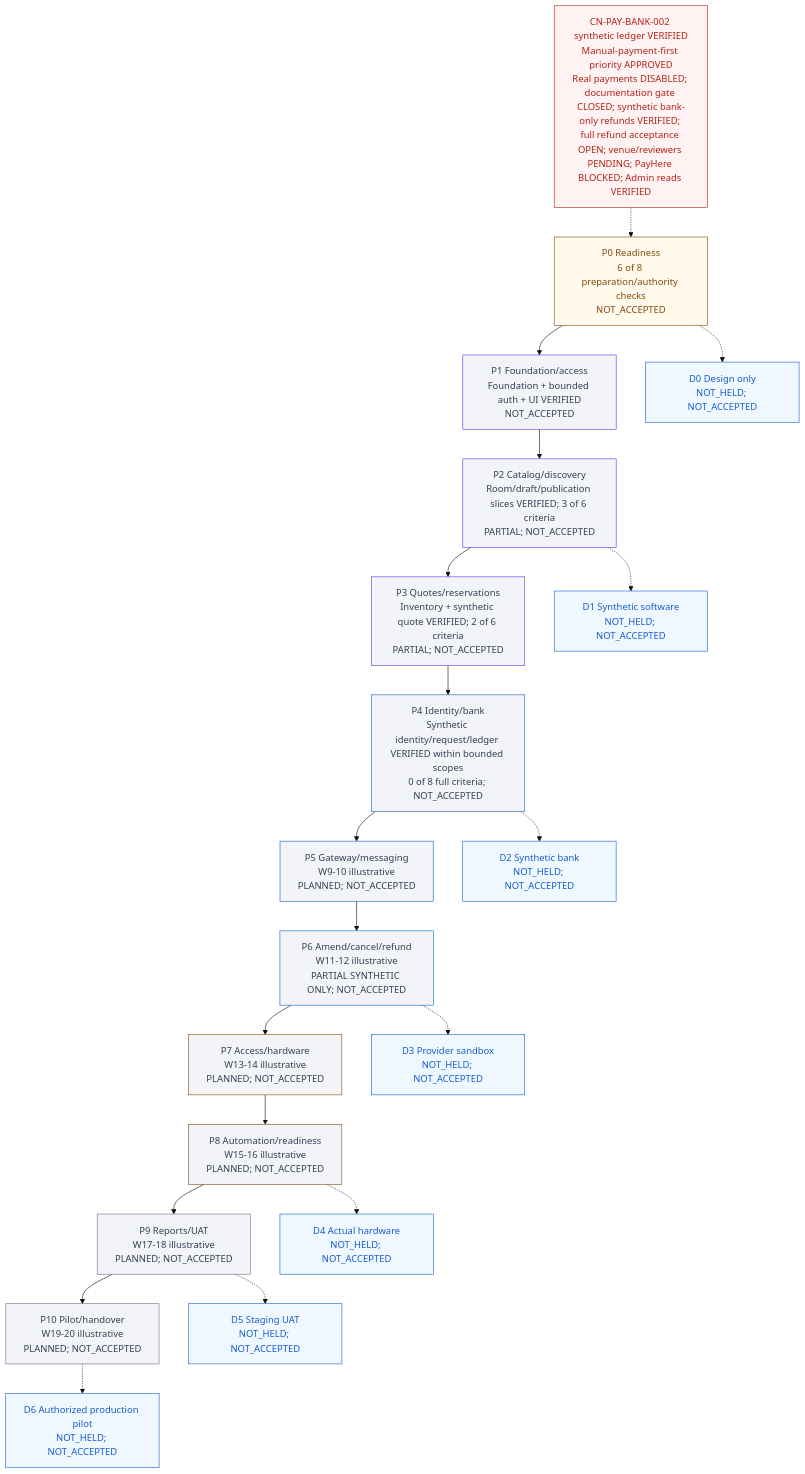
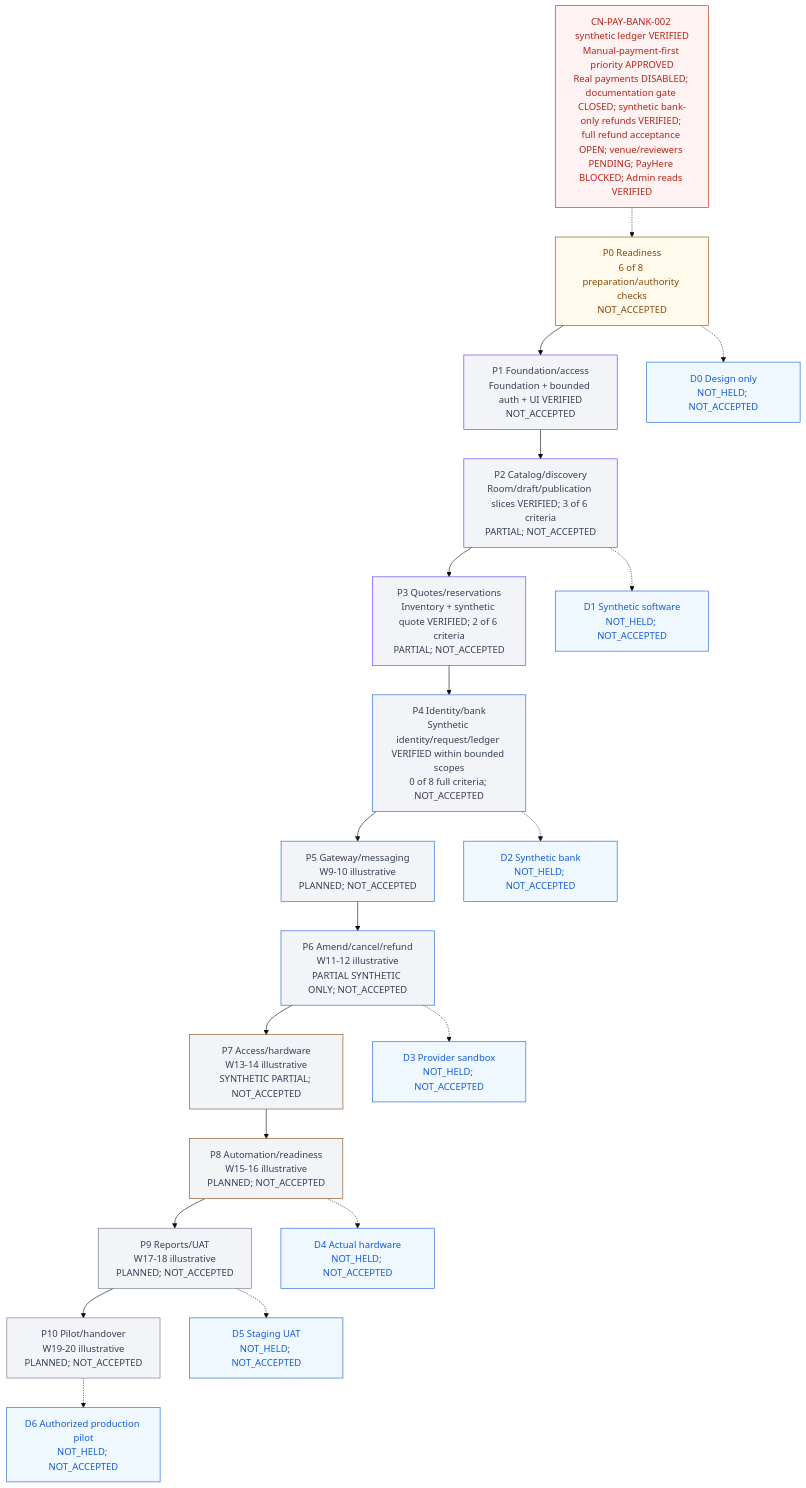
The diagram in knowledge/PROGRESS.md (Hasitha3513/Theater-Project), drawn with Mermaid (base theme) before and after one commit. The commit also changed other lines of this file and 46 other files, not shown here.

Commit message:
feat(access): add synthetic bank-only credential lifecycle and simulator

````diff
--- a/knowledge/PROGRESS.md
+++ b/knowledge/PROGRESS.md
@@ -313,45 +313,45 @@
 ```mermaid
 flowchart TB
   G["CN-PAY-BANK-002 synthetic ledger VERIFIED<br/>Manual-payment-first priority APPROVED<br/>Real payments DISABLED; documentation gate CLOSED; synthetic bank-only refunds VERIFIED; full refund acceptance OPEN; venue/reviewers PENDING; PayHere BLOCKED; Admin reads VERIFIED"]
   P0["P0 Readiness<br/>6 of 8 preparation/authority checks<br/>NOT_ACCEPTED"]
   P1["P1 Foundation/access<br/>Foundation + bounded auth + UI VERIFIED<br/>NOT_ACCEPTED"]
   P2["P2 Catalog/discovery<br/>Room/draft/publication slices VERIFIED; 3 of 6 criteria<br/>PARTIAL; NOT_ACCEPTED"]
   P3["P3 Quotes/reservations<br/>Inventory + synthetic quote VERIFIED; 2 of 6 criteria<br/>PARTIAL; NOT_ACCEPTED"]
   P4["P4 Identity/bank<br/>Synthetic identity/request/ledger VERIFIED within bounded scopes<br/>0 of 8 full criteria; NOT_ACCEPTED"]
   P5["P5 Gateway/messaging<br/>W9-10 illustrative<br/>PLANNED; NOT_ACCEPTED"]
   P6["P6 Amend/cancel/refund<br/>W11-12 illustrative<br/>PARTIAL SYNTHETIC ONLY; NOT_ACCEPTED"]
-  P7["P7 Access/hardware<br/>W13-14 illustrative<br/>PLANNED; NOT_ACCEPTED"]
+  P7["P7 Access/hardware<br/>W13-14 illustrative<br/>SYNTHETIC PARTIAL; NOT_ACCEPTED"]
   P8["P8 Automation/readiness<br/>W15-16 illustrative<br/>PLANNED; NOT_ACCEPTED"]
   P9["P9 Reports/UAT<br/>W17-18 illustrative<br/>PLANNED; NOT_ACCEPTED"]
   P10["P10 Pilot/handover<br/>W19-20 illustrative<br/>PLANNED; NOT_ACCEPTED"]
   G -.-> P0
   P0 --> P1 --> P2 --> P3 --> P4 --> P5 --> P6 --> P7 --> P8 --> P9 --> P10
   D0["D0 Design only<br/>NOT_HELD; NOT_ACCEPTED"]
   D1["D1 Synthetic software<br/>NOT_HELD; NOT_ACCEPTED"]
   D2["D2 Synthetic bank<br/>NOT_HELD; NOT_ACCEPTED"]
   D3["D3 Provider sandbox<br/>NOT_HELD; NOT_ACCEPTED"]
   D4["D4 Actual hardware<br/>NOT_HELD; NOT_ACCEPTED"]
   D5["D5 Staging UAT<br/>NOT_HELD; NOT_ACCEPTED"]
   D6["D6 Authorized production pilot<br/>NOT_HELD; NOT_ACCEPTED"]
   P0 -.-> D0
   P2 -.-> D1
   P4 -.-> D2
   P6 -.-> D3
   P8 -.-> D4
   P9 -.-> D5
   P10 -.-> D6
   classDef readiness fill:#FFFAEB,color:#854A0E,stroke:#854A0E;
   classDef foundation fill:#F2F4F7,color:#344054,stroke:#5135FF;
   classDef financial fill:#F2F4F7,color:#344054,stroke:#175CD3;
   classDef physical fill:#F2F4F7,color:#344054,stroke:#854A0E;
   classDef release fill:#F2F4F7,color:#344054,stroke:#667085;
   classDef blocked fill:#FEF3F2,color:#B42318,stroke:#B42318;
   classDef demo fill:#EFF8FF,color:#175CD3,stroke:#175CD3;
   class P0 readiness;
   class P1,P2,P3 foundation;
   class P4,P5,P6 financial;
   class P7,P8 physical;
   class P9,P10 release;
   class G blocked;
   class D0,D1,D2,D3,D4,D5,D6 demo;
 ```
````
